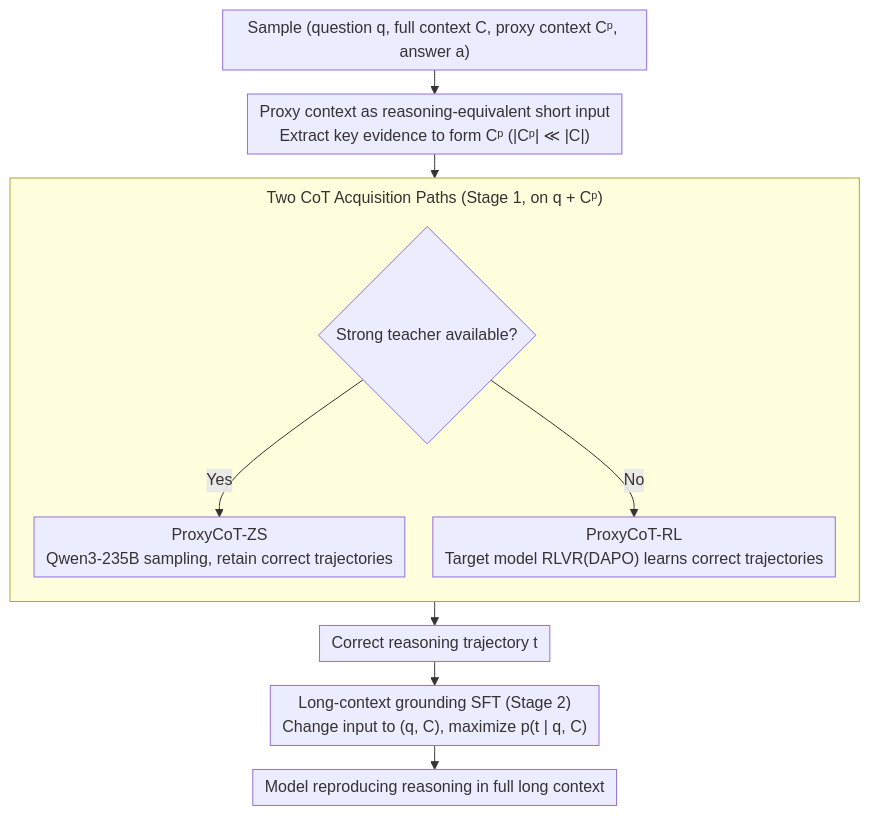
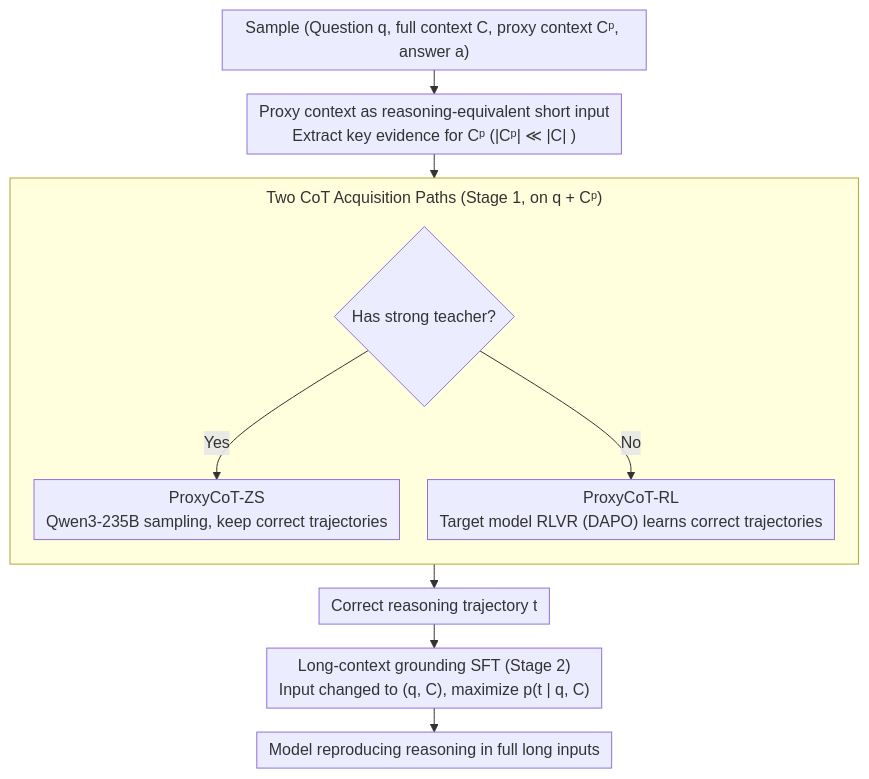
Before and after one commit to zhaoyang97/Paper-Notes-en: the diagram in docs/ACL2026/llm_reasoning/long-context_reasoning_through_proxy-based_chain-of-thought_tuning.md, drawn with Mermaid. The commit also changed other lines of this file and 5084 other files, not shown here.

````diff
--- a/docs/ACL2026/llm_reasoning/long-context_reasoning_through_proxy-based_chain-of-thought_tuning.md
+++ b/docs/ACL2026/llm_reasoning/long-context_reasoning_through_proxy-based_chain-of-thought_tuning.md
@@ -46,14 +46,14 @@
 ```mermaid
 %%{init: {'flowchart': {'rankSpacing': 24, 'nodeSpacing': 28, 'padding': 6, 'wrappingWidth': 400, 'subGraphTitleMargin': {'top': 8, 'bottom': 16}}}}%%
 flowchart TD
-    A["Sample (question q, full context C, proxy context Cᵖ, answer a)"] --> B["Proxy context as reasoning-equivalent short input<br/>Extract key evidence to form Cᵖ (|Cᵖ| ≪ |C|)"]
+    A["Sample (Question q, full context C, proxy context Cᵖ, answer a)"] --> B["Proxy context as reasoning-equivalent short input<br/>Extract key evidence for Cᵖ (|Cᵖ| ≪ |C| )"]
     B --> S1
     subgraph S1["Two CoT Acquisition Paths (Stage 1, on q + Cᵖ)"]
         direction TB
-        C{"Strong teacher available?"} -->|Yes| D["ProxyCoT-ZS<br/>Qwen3-235B sampling, retain correct trajectories"]
-        C -->|No| E["ProxyCoT-RL<br/>Target model RLVR(DAPO) learns correct trajectories"]
+        C{"Has strong teacher?"} -->|Yes| D["ProxyCoT-ZS<br/>Qwen3-235B sampling, keep correct trajectories"]
+        C -->|No| E["ProxyCoT-RL<br/>Target model RLVR (DAPO) learns correct trajectories"]
     end
     S1 --> F["Correct reasoning trajectory t"]
-    F --> G["Long-context grounding SFT (Stage 2)<br/>Change input to (q, C), maximize p(t | q, C)"]
-    G --> H["Model reproducing reasoning in full long context"]
+    F --> G["Long-context grounding SFT (Stage 2)<br/>Input changed to (q, C), maximize p(t | q, C)"]
+    G --> H["Model reproducing reasoning in full long inputs"]
 ```
````
